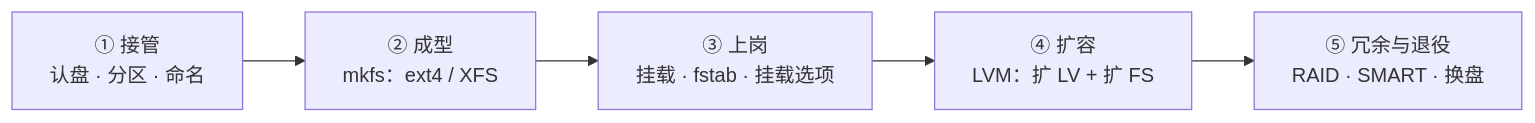
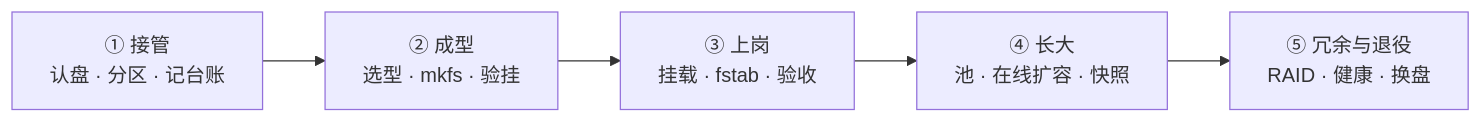
One commit to realtyz/ops-manual changed the diagram in Linux/05_存储与文件系统/00_导读与知识地图.md. Above: the diagram before and after it, drawn with Mermaid. The commit also changed other lines of this file and 70 other files, not shown here.

````diff
--- a/Linux/05_存储与文件系统/00_导读与知识地图.md
+++ b/Linux/05_存储与文件系统/00_导读与知识地图.md
@@ -62,7 +19,7 @@
 ```mermaid
 flowchart LR
-  A["① 接管<br/>认盘 · 分区 · 命名"] --> B["② 成型<br/>mkfs：ext4 / XFS"]
-  B --> C["③ 上岗<br/>挂载 · fstab · 挂载选项"]
-  C --> D["④ 扩容<br/>LVM：扩 LV + 扩 FS"]
-  D --> E["⑤ 冗余与退役<br/>RAID · SMART · 换盘"]
+  A["① 接管<br/>认盘 · 分区 · 记台账"] --> B["② 成型<br/>选型 · mkfs · 验挂"]
+  B --> C["③ 上岗<br/>挂载 · fstab · 验收"]
+  C --> D["④ 长大<br/>池 · 在线扩容 · 快照"]
+  D --> E["⑤ 冗余与退役<br/>RAID · 健康 · 换盘"]
 ```
````
